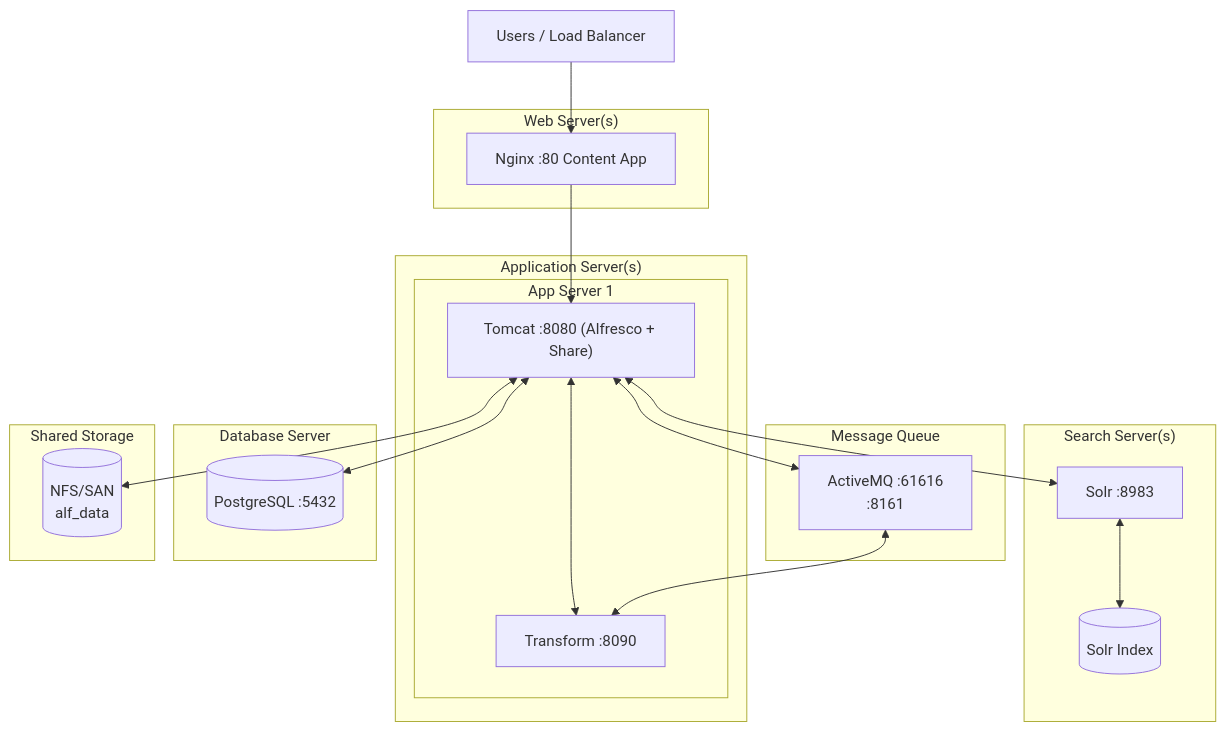
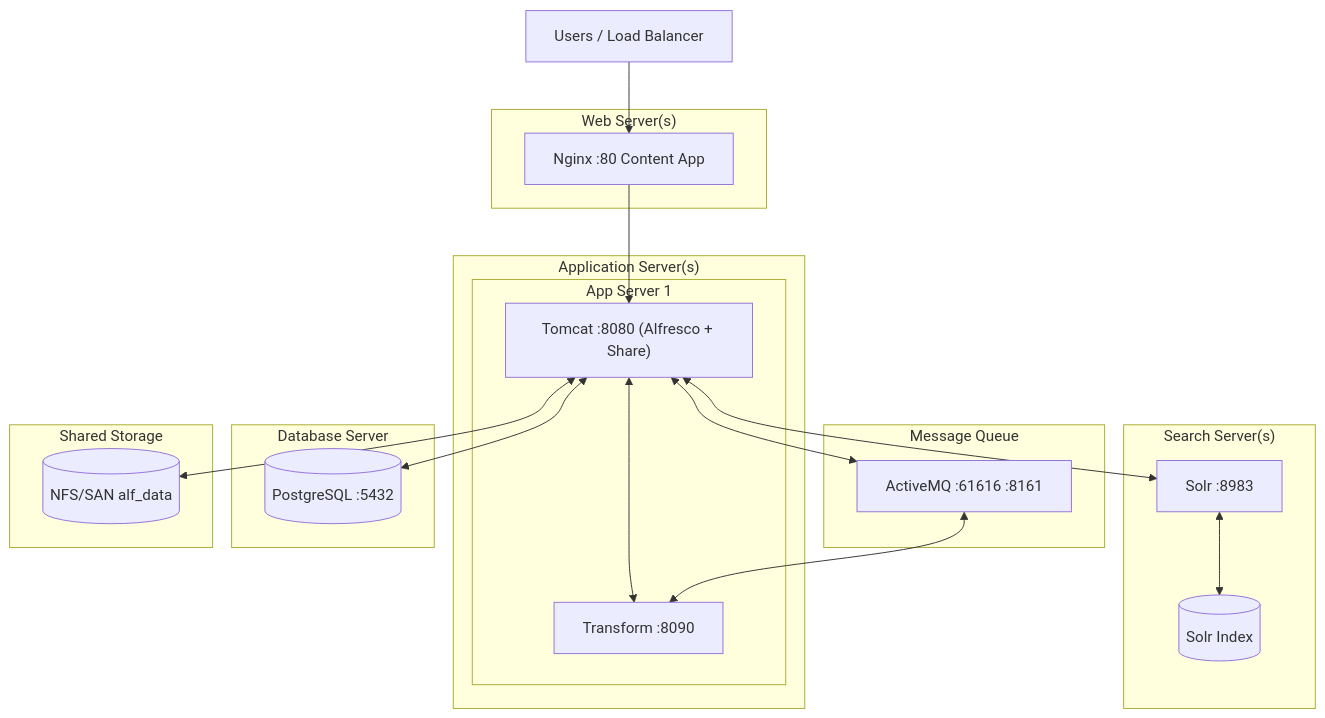
Before and after one commit to aborroy/alfresco-ubuntu-installer: the fifth of 7 diagrams in README.md, drawn with Mermaid.

````diff
--- a/README.md
+++ b/README.md
@@ -628,42 +628,42 @@
 ```mermaid
 flowchart TB
     users["Users / Load Balancer"]
     
     subgraph web_tier["Web Server(s)"]
         nginx1["Nginx :80 Content App"]
     end
     
     subgraph app_tier["Application Server(s)"]
         subgraph app1["App Server 1"]
             tomcat1["Tomcat :8080 (Alfresco + Share)"]
             transform1["Transform :8090"]
         end
     end
     
     subgraph mq_tier["Message Queue"]
-        activemq["ActiveMQ :61616\n:8161"]
+        activemq["ActiveMQ :61616 :8161"]
     end
     
     subgraph search_tier["Search Server(s)"]
         solr["Solr :8983"]
         solr_index[("Solr Index")]
     end
     
     subgraph db_tier["Database Server"]
         postgres[("PostgreSQL :5432")]
     end
     
     subgraph storage["Shared Storage"]
-        nas[("NFS/SAN\nalf_data")]
+        nas[("NFS/SAN alf_data")]
     end
     
     users --> nginx1
     nginx1 --> tomcat1
     tomcat1 <--> postgres
     tomcat1 <--> nas
     tomcat1 <--> activemq
     tomcat1 <--> solr
     tomcat1 <--> transform1
     activemq <--> transform1
     solr <--> solr_index
 ```
````
